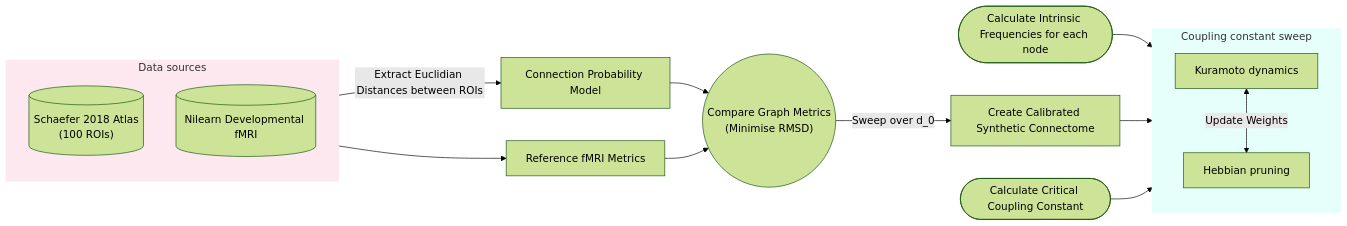
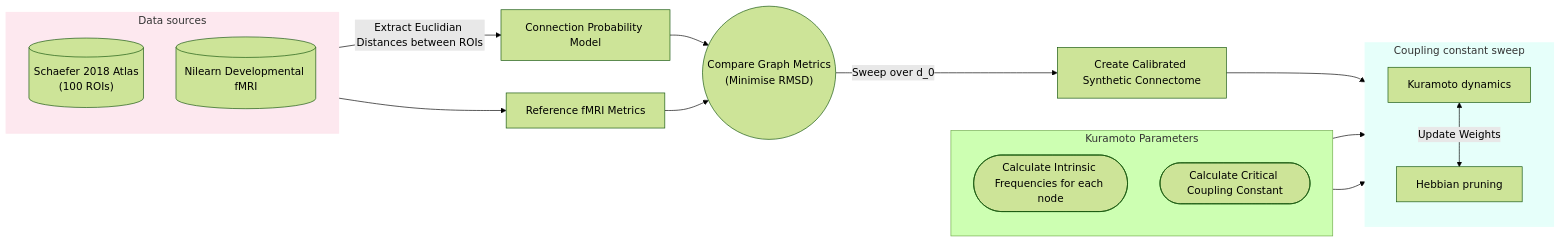
Before and after one commit to R-eya/Kuramoto-Hebbian-Style-Pruning-of-Synthetic-Connectomes: the diagram in README.md, drawn with Mermaid (forest theme).

````diff
--- a/README.md
+++ b/README.md
@@ -7,27 +7,31 @@
 ```mermaid
 flowchart LR
 
     subgraph Inputs ["Data sources"]
         direction TB
         Q[("Schaefer 2018 atlas<br/>(100 ROIs)")]
         A[("Nilearn developmental fMRI")]
     end
     style Inputs fill:#e8f4fd,stroke:#2b6cb0,stroke-width:2px
 
     Q[("Schaefer 2018 Atlas <br> (100 ROIs)")] -->|Extract Euclidian Distances between ROIs| W[Connection Probability Model] -->C
 
-    G([Calculate Intrinsic Frequencies for each node]) --> E[Kuramoto Dynamics]
     A[(Nilearn Developmental fMRI)] -->B[Reference fMRI Metrics]--> C(("Compare Graph Metrics <br> (Minimise RMSD)" )) -->|Sweep over d_0 | D[Create Calibrated Synthetic Connectome]
     D --> E
-
-    F([Calculate Critical Coupling Constant]) --> E
+    subgraph kurma params ["Kuramoto Parameters"]
+        direction TB
+        G([Calculate Intrinsic Frequencies for each node])
+        F([Calculate Critical Coupling Constant])
+    end
+    G--> E[Kuramoto Dynamics]
+    F --> E
 
     subgraph Sweep ["Coupling constant sweep"]
         direction TB
         E["Kuramoto dynamics"]
         H["Hebbian pruning"]
         E <-->|"Update Weights"| H
     end
 style Inputs fill:#fde8ef,stroke:#fde8ef,stroke-width:2px
 style Sweep fill:#e6fffa,stroke:#e6fffa,stroke-width:2px
 ```
````
